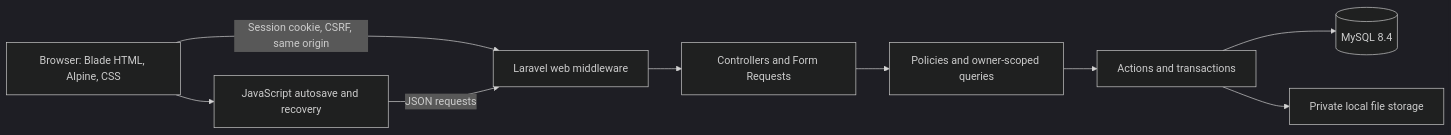
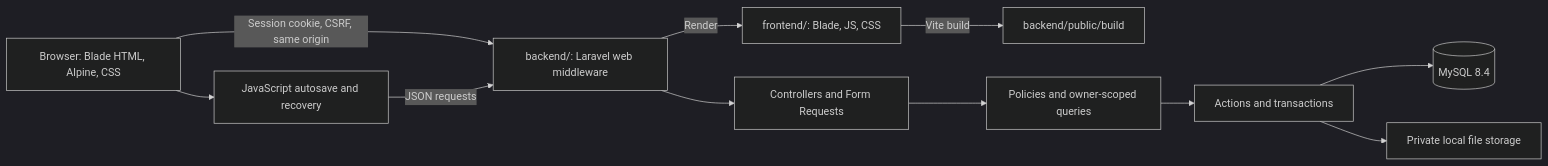
One commit to datphan3201/Notes changed the diagram in docs/plan/02-architecture.md. Above: the diagram before and after it, drawn with Mermaid (dark theme). The commit also changed other lines of this file and 170 other files, not shown here.

Commit message:
refactor: split frontend and backend

````diff
--- a/docs/plan/02-architecture.md
+++ b/docs/plan/02-architecture.md
@@ -7,11 +11,13 @@
 ```mermaid
 flowchart LR
-    U[Browser: Blade HTML, Alpine, CSS] -->|Session cookie, CSRF, same origin| W[Laravel web middleware]
+    U[Browser: Blade HTML, Alpine, CSS] -->|Session cookie, CSRF, same origin| W[backend/: Laravel web middleware]
+    F[frontend/: Blade, JS, CSS] -->|Vite build| PUB[backend/public/build]
+    W -->|Render| F
     U --> J[JavaScript autosave and recovery]
     J -->|JSON requests| W
     W --> C[Controllers and Form Requests]
     C --> P[Policies and owner-scoped queries]
     P --> A[Actions and transactions]
     A --> DB[(MySQL 8.4)]
     A --> FS[Private local file storage]
 ```
````
